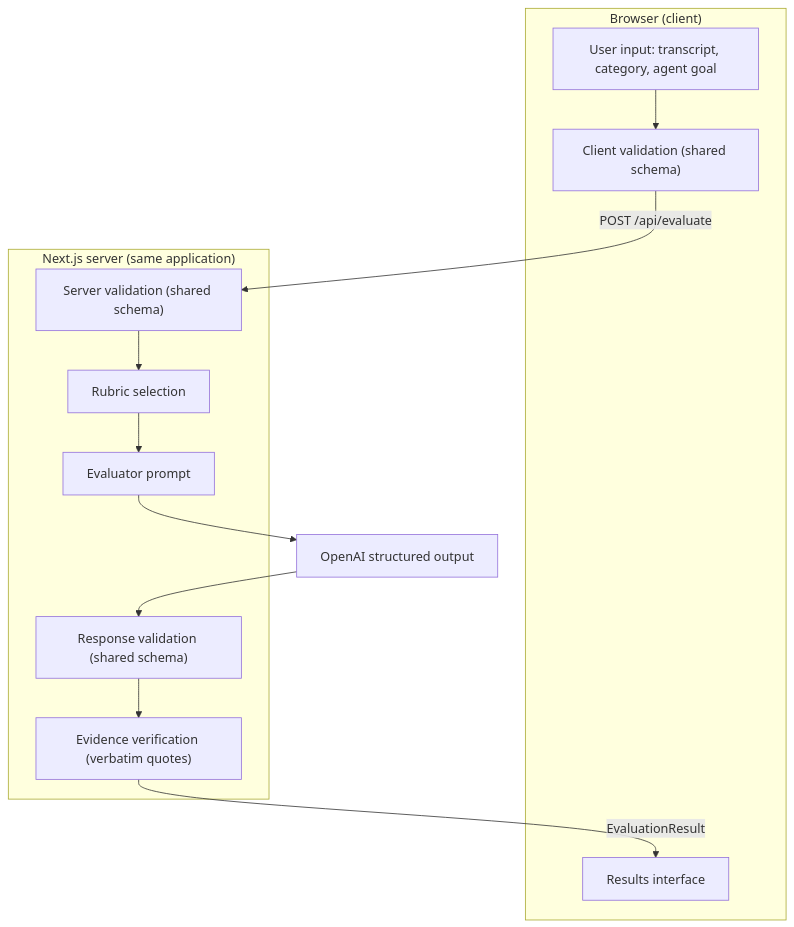
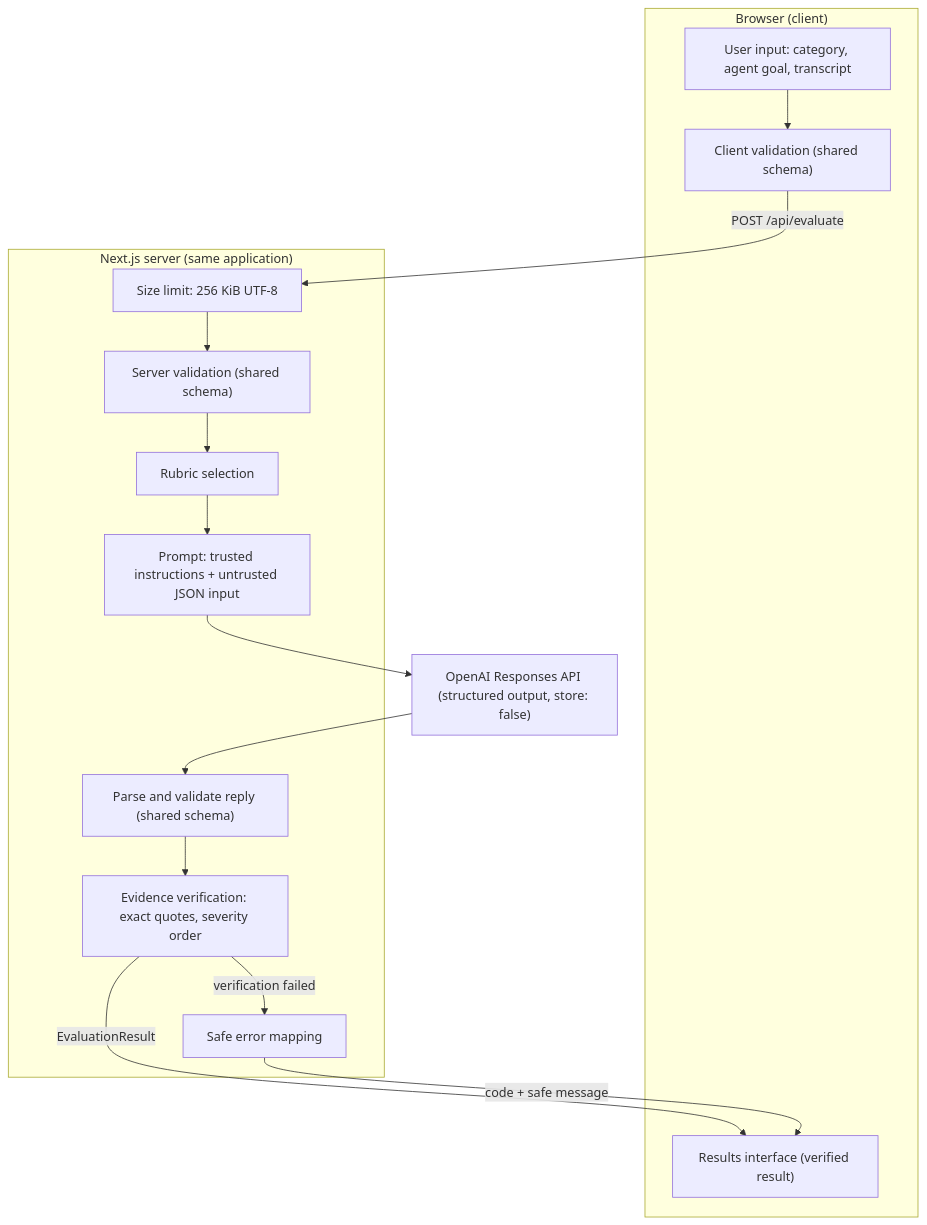
The diagram in docs/system-architecture.md (alijaffary603/agent-audit), drawn with Mermaid before and after one commit. The commit also changed other lines of this file and 4 other files, not shown here.

````diff
--- a/docs/system-architecture.md
+++ b/docs/system-architecture.md
@@ -58,17 +105,21 @@
 ```mermaid
 flowchart TD
     subgraph Client["Browser (client)"]
-        U["User input: transcript, category, agent goal"] --> CV["Client validation (shared schema)"]
-        RES["Results interface"]
+        U["User input: category, agent goal, transcript"] --> CV["Client validation (shared schema)"]
+        RES["Results interface (verified result)"]
     end
     subgraph Server["Next.js server (same application)"]
-        SV["Server validation (shared schema)"] --> RB["Rubric selection"]
-        RB --> PR["Evaluator prompt"]
-        RV["Response validation (shared schema)"] --> EV["Evidence verification (verbatim quotes)"]
+        SL["Size limit: 256 KiB UTF-8"] --> SV["Server validation (shared schema)"]
+        SV --> RB["Rubric selection"]
+        RB --> PR["Prompt: trusted instructions + untrusted JSON input"]
+        RV["Parse and validate reply (shared schema)"] --> EV["Evidence verification: exact quotes, severity order"]
+        ERR["Safe error mapping"]
     end
-    OAI["OpenAI structured output"]
-    CV -- "POST /api/evaluate" --> SV
+    OAI["OpenAI Responses API (structured output, store: false)"]
+    CV -- "POST /api/evaluate" --> SL
     PR --> OAI
     OAI --> RV
     EV -- "EvaluationResult" --> RES
+    EV -- "verification failed" --> ERR
+    ERR -- "code + safe message" --> RES
 ```
````
